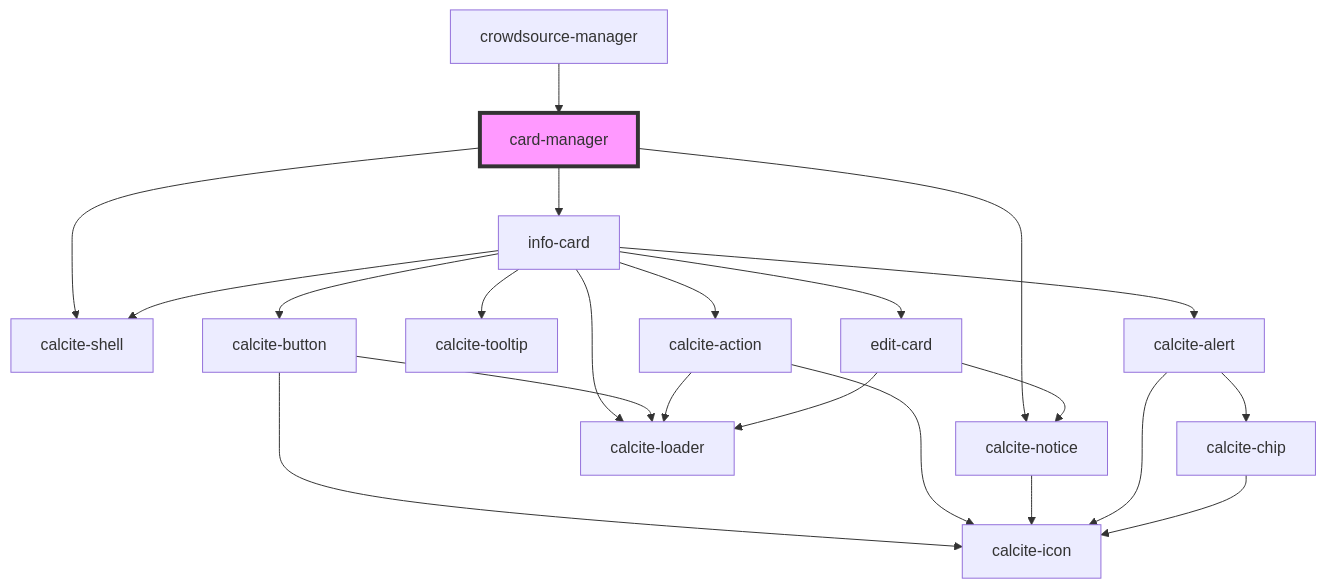
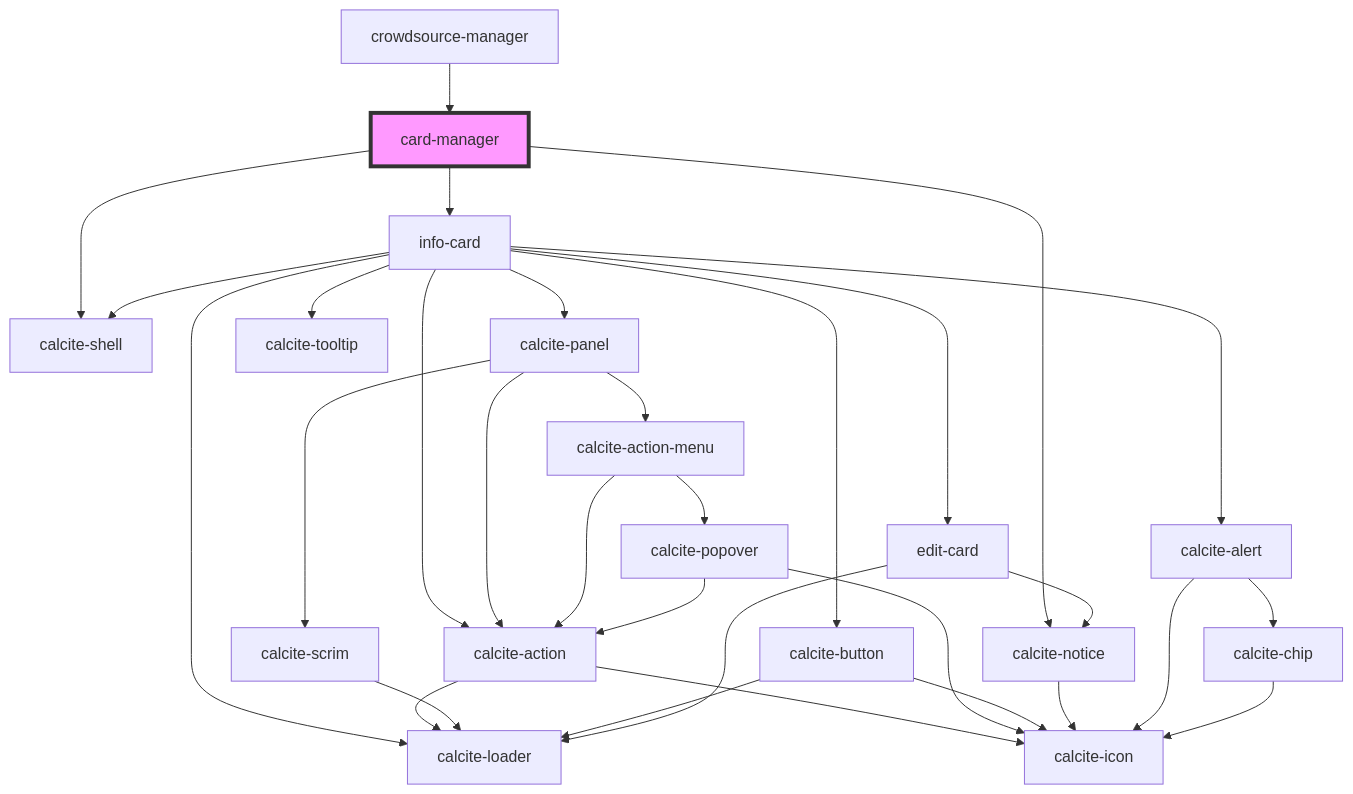
Before and after one commit to Esri/solutions-components: the diagram in src/components/card-manager/readme.md, drawn with Mermaid. The commit also changed other lines of this file and 12 other files, not shown here.

````diff
--- a/src/components/card-manager/readme.md
+++ b/src/components/card-manager/readme.md
@@ -30,25 +31,34 @@
 ```mermaid
 graph TD;
   card-manager --> calcite-shell
   card-manager --> info-card
   card-manager --> calcite-notice
+  info-card --> calcite-panel
+  info-card --> calcite-action
   info-card --> calcite-shell
   info-card --> calcite-loader
   info-card --> calcite-button
   info-card --> calcite-tooltip
-  info-card --> calcite-action
   info-card --> edit-card
   info-card --> calcite-alert
+  calcite-panel --> calcite-action
+  calcite-panel --> calcite-action-menu
+  calcite-panel --> calcite-scrim
+  calcite-action --> calcite-loader
+  calcite-action --> calcite-icon
+  calcite-action-menu --> calcite-action
+  calcite-action-menu --> calcite-popover
+  calcite-popover --> calcite-action
+  calcite-popover --> calcite-icon
+  calcite-scrim --> calcite-loader
   calcite-button --> calcite-loader
   calcite-button --> calcite-icon
-  calcite-action --> calcite-loader
-  calcite-action --> calcite-icon
   edit-card --> calcite-notice
   edit-card --> calcite-loader
   calcite-notice --> calcite-icon
   calcite-alert --> calcite-icon
   calcite-alert --> calcite-chip
   calcite-chip --> calcite-icon
   crowdsource-manager --> card-manager
   style card-manager fill:#f9f,stroke:#333,stroke-width:4px
 ```
````
